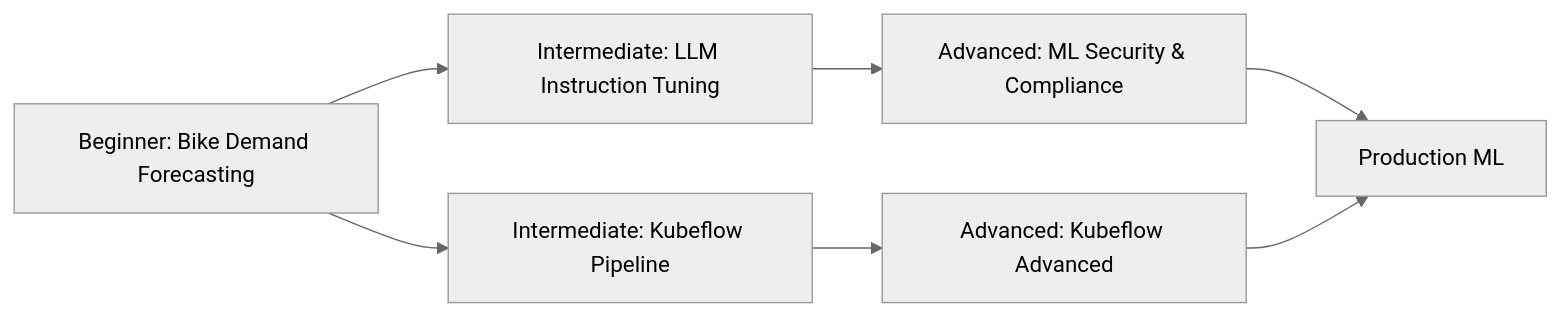
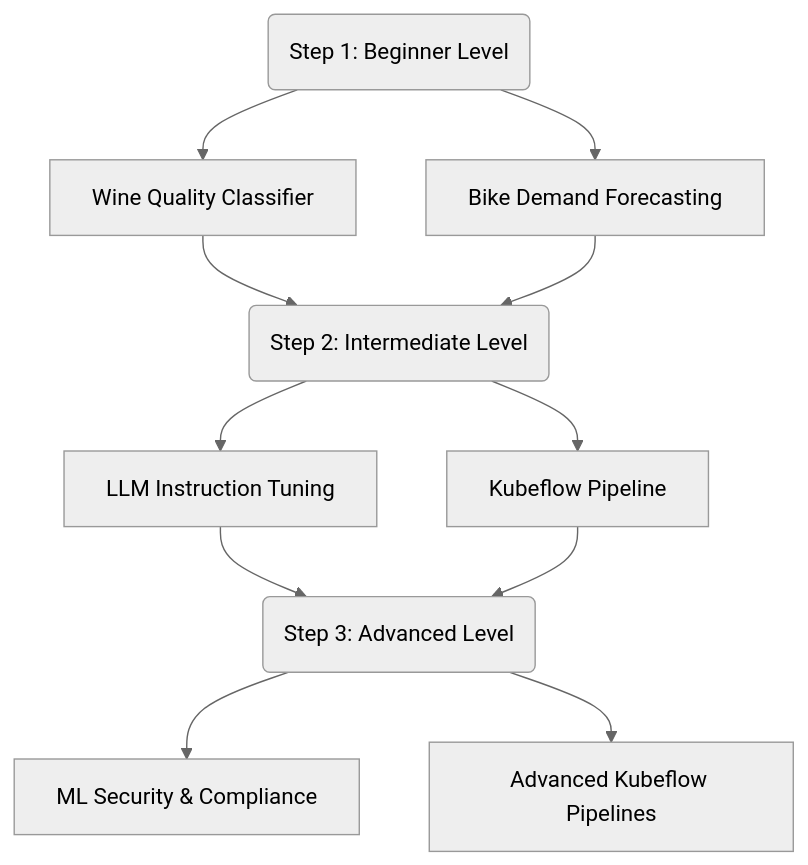
One commit to MohammadB88/MLOps-Workshop-Exercises changed the diagram in docs/workshop-overview.md. Above: the diagram before and after it, drawn with Mermaid (neutral theme). The commit also changed other lines of this file and 28 other files, not shown here.

Commit message:
diagram refinements - workshop overview

````diff
--- a/docs/workshop-overview.md
+++ b/docs/workshop-overview.md
@@ -25,9 +21,14 @@
 ```mermaid
-graph LR
-    A[Beginner: Bike Demand Forecasting] --> B[Intermediate: LLM Instruction Tuning]
-    A --> C[Intermediate: Kubeflow Pipeline]
-    B --> D[Advanced: ML Security & Compliance]
-    C --> E[Advanced: Kubeflow Advanced]
-    D --> F[Production ML]
-    E --> F
+graph TD
+    B(Step 1: Beginner Level)
+    B --> B1[Wine Quality Classifier]
+    B --> B2[Bike Demand Forecasting]
+    B1 --> I(Step 2: Intermediate Level)
+    B2 --> I
+    I --> I1[LLM Instruction Tuning]
+    I --> I2[Kubeflow Pipeline]
+    I1 --> A(Step 3: Advanced Level)
+    I2 --> A
+    A --> A1[ML Security & Compliance]
+    A --> A2[Advanced Kubeflow Pipelines]
 ```
````
